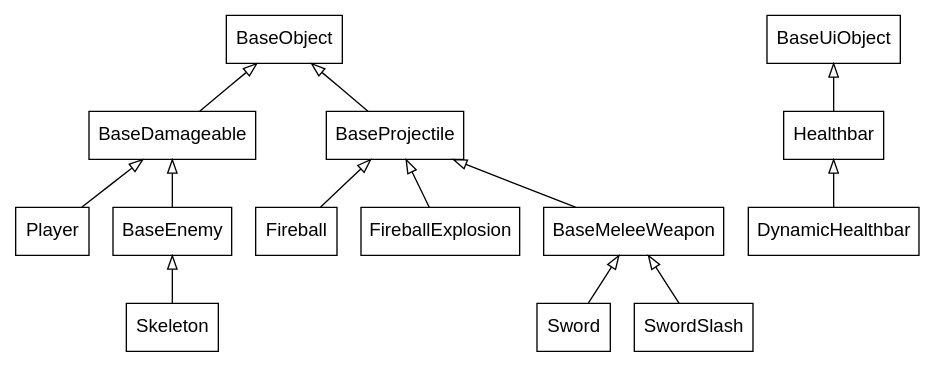
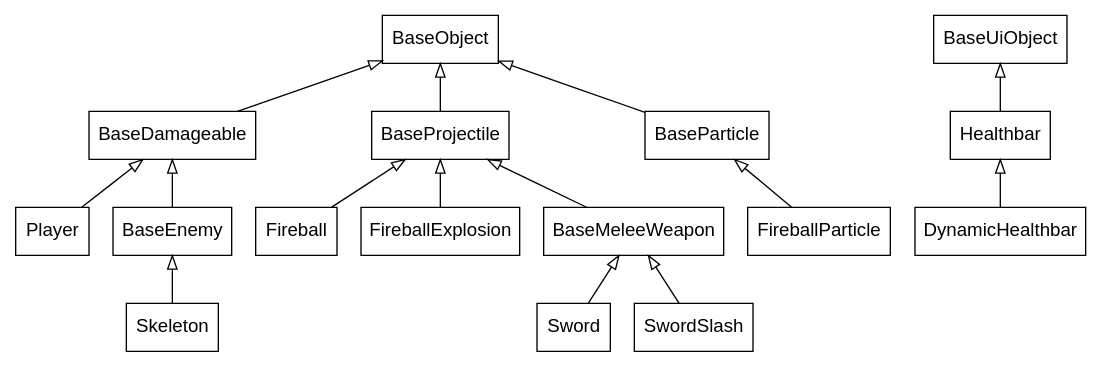
Before and after one commit to lachfoy/2dgameABANDONED: the diagram in inheritance.gv, drawn with Graphviz. The commit also changed 7 other files, not shown here.

```diff
--- a/inheritance.gv
+++ b/inheritance.gv
@@ -1,15 +1,16 @@
 digraph inheritance {
     node [shape=box fontname="Helvetica,Arial,sans-serif"]
     edge [dir=back arrowtail=empty]
 
-    BaseObject->{BaseDamageable, BaseProjectile}
+    BaseObject->{BaseDamageable, BaseProjectile, BaseParticle}
     BaseDamageable->{Player, BaseEnemy}
     BaseProjectile->{Fireball, FireballExplosion, BaseMeleeWeapon}
+    BaseParticle->FireballParticle
     BaseMeleeWeapon->{Sword, SwordSlash}
     BaseEnemy->Skeleton
 
     BaseUiObject->Healthbar
     Healthbar->DynamicHealthbar
 }
 
 // use `dot -Tpng -O inheritance.gv` to generate a .png
```
